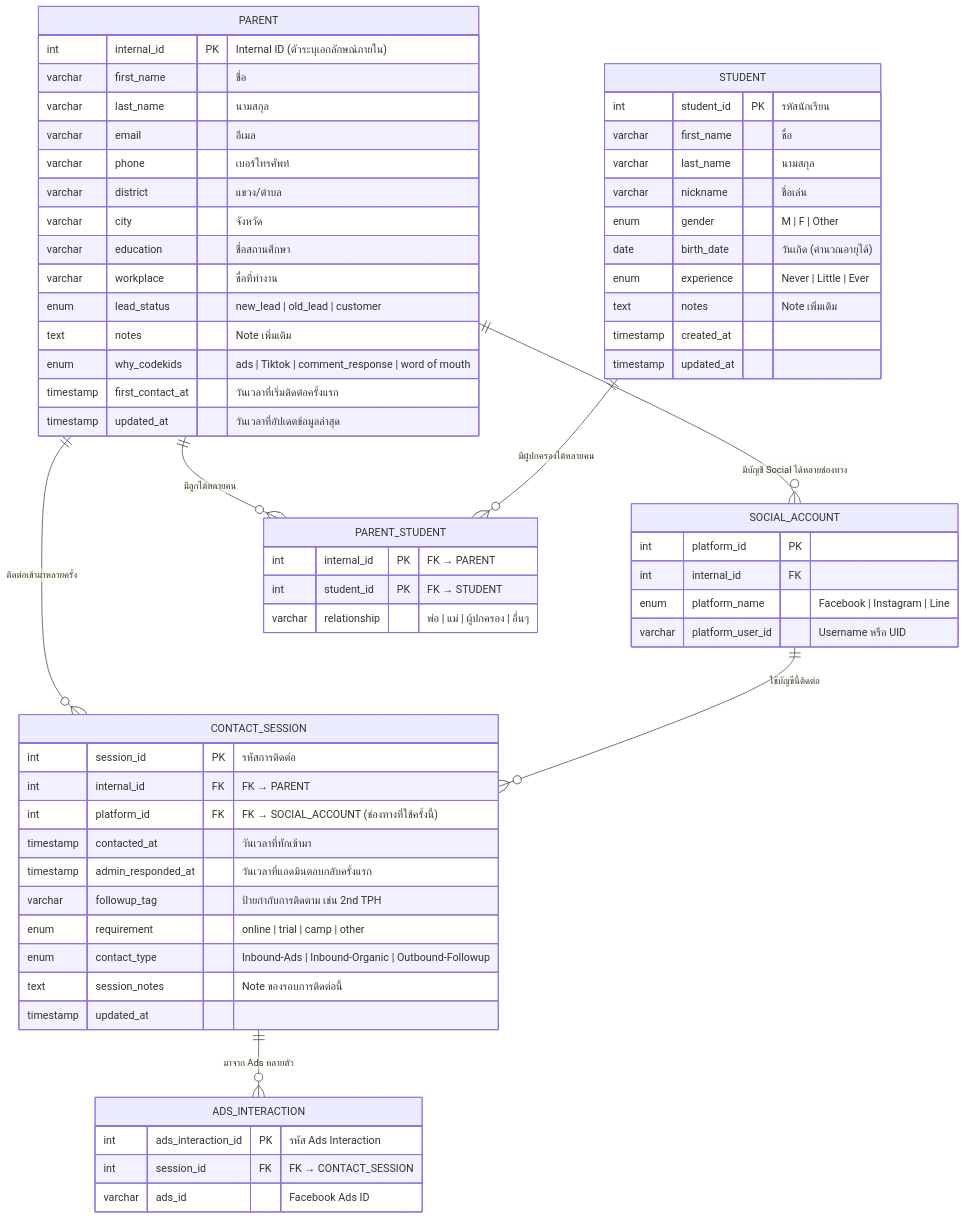
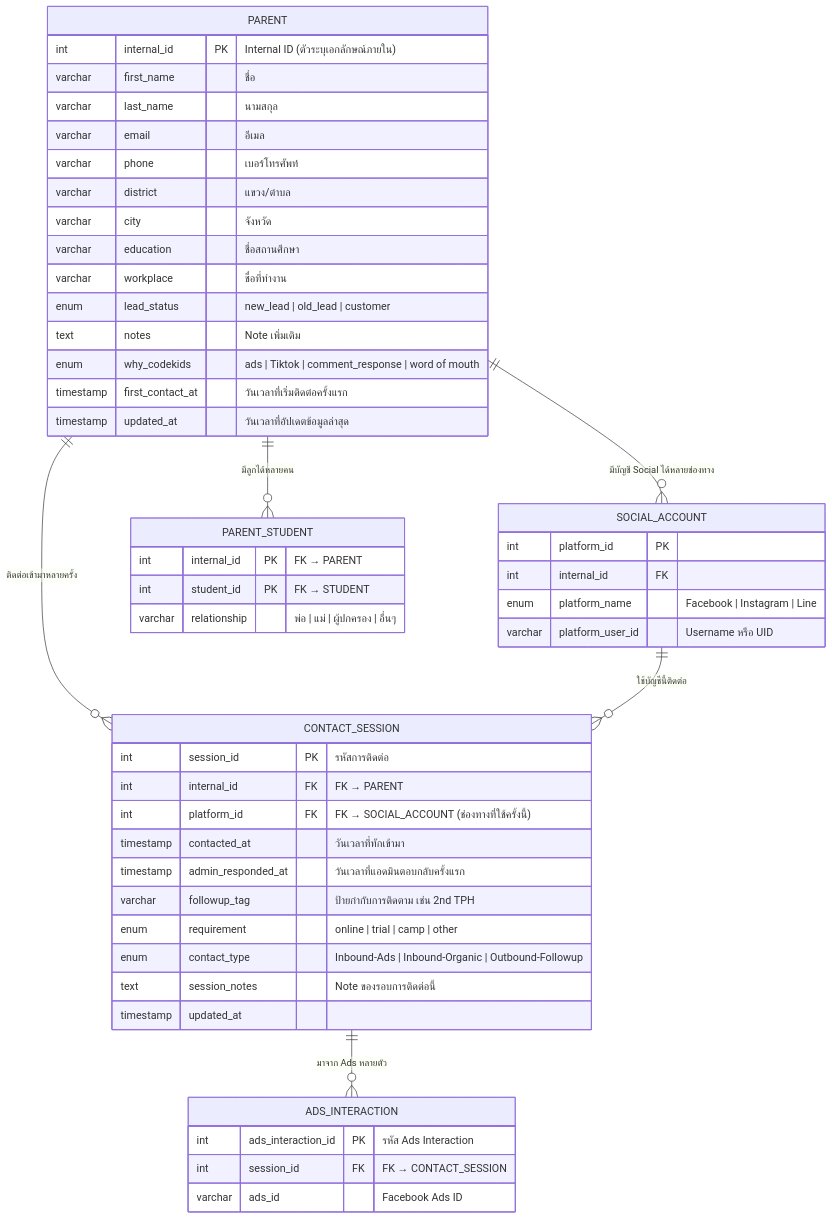
One commit to raknatee/CodeKids-CRM changed the diagram in docs/er.MD. Above: the diagram before and after it, drawn with Mermaid.

```diff
--- a/docs/er.MD
+++ b/docs/er.MD
@@ -28,19 +28,6 @@
         int         internal_id          FK  
         enum        platform_name            "Facebook | Instagram | Line"
         varchar     platform_user_id         "Username หรือ UID"
-    }
-
-    STUDENT {
-        int         student_id          PK  "รหัสนักเรียน"
-        varchar     first_name              "ชื่อ"
-        varchar     last_name               "นามสกุล"
-        varchar     nickname                "ชื่อเล่น"
-        enum        gender                  "M | F | Other"
-        date        birth_date              "วันเกิด (คำนวณอายุได้)"
-        enum        experience              "Never | Little | Ever"
-        text        notes                   "Note เพิ่มเติม"
-        timestamp   created_at
-        timestamp   updated_at
     }
 
     PARENT_STUDENT {
@@ -76,7 +63,6 @@
 
     PARENT            ||--o{ SOCIAL_ACCOUNT    : "มีบัญชี Social ได้หลายช่องทาง"
     PARENT            ||--o{ PARENT_STUDENT    : "มีลูกได้หลายคน"
-    STUDENT           ||--o{ PARENT_STUDENT    : "มีผู้ปกครองได้หลายคน"
     PARENT            ||--o{ CONTACT_SESSION   : "ติดต่อเข้ามาหลายครั้ง"
     SOCIAL_ACCOUNT    ||--o{ CONTACT_SESSION   : "ใช้บัญชีนี้ติดต่อ"
     CONTACT_SESSION   ||--o{ ADS_INTERACTION   : "มาจาก Ads หลายตัว"
```
